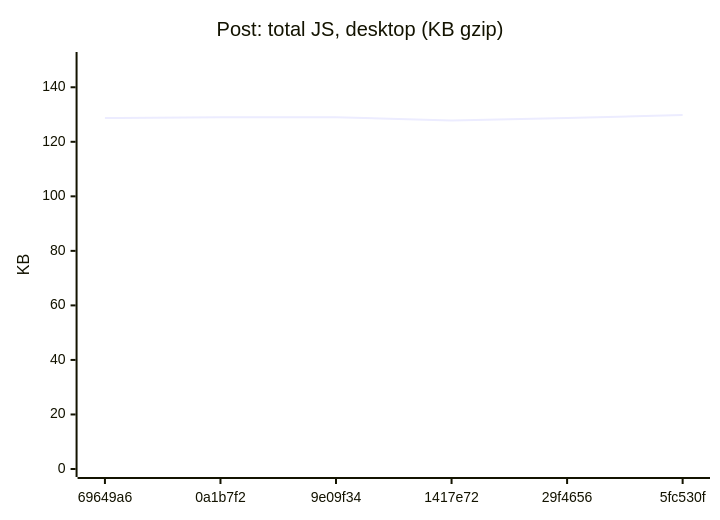
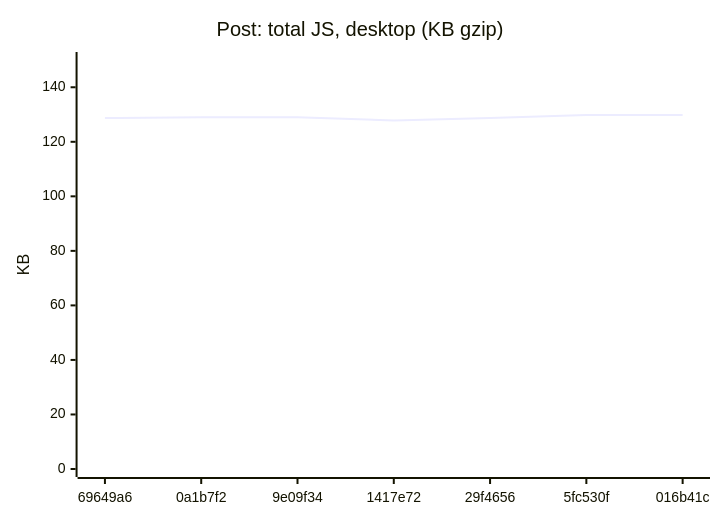
Before and after one commit to AxelUser/maltsev.space: diagram 11 of 18 in README.md, drawn with Mermaid. The commit also changed other lines of this file and 1 other file, not shown here.

````diff
--- a/README.md
+++ b/README.md
@@ -125,7 +125,7 @@
 ```mermaid
 xychart-beta
   title "Post: total JS, desktop (KB gzip)"
-  x-axis ["69649a6", "0a1b7f2", "9e09f34", "1417e72", "29f4656", "5fc530f"]
+  x-axis ["69649a6", "0a1b7f2", "9e09f34", "1417e72", "29f4656", "5fc530f", "016b41c"]
   y-axis "KB" 0 --> 150
-  line [128.7, 129, 129, 127.8, 128.7, 129.8]
+  line [128.7, 129, 129, 127.8, 128.7, 129.8, 129.8]
 ```
````
